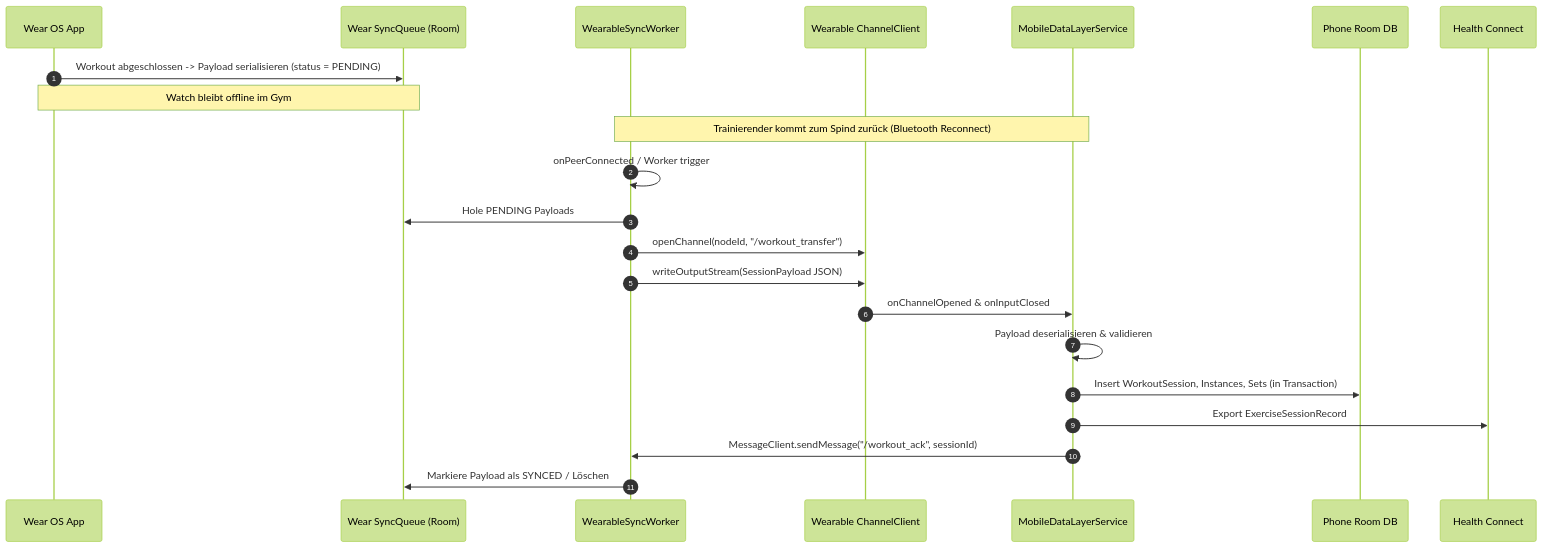
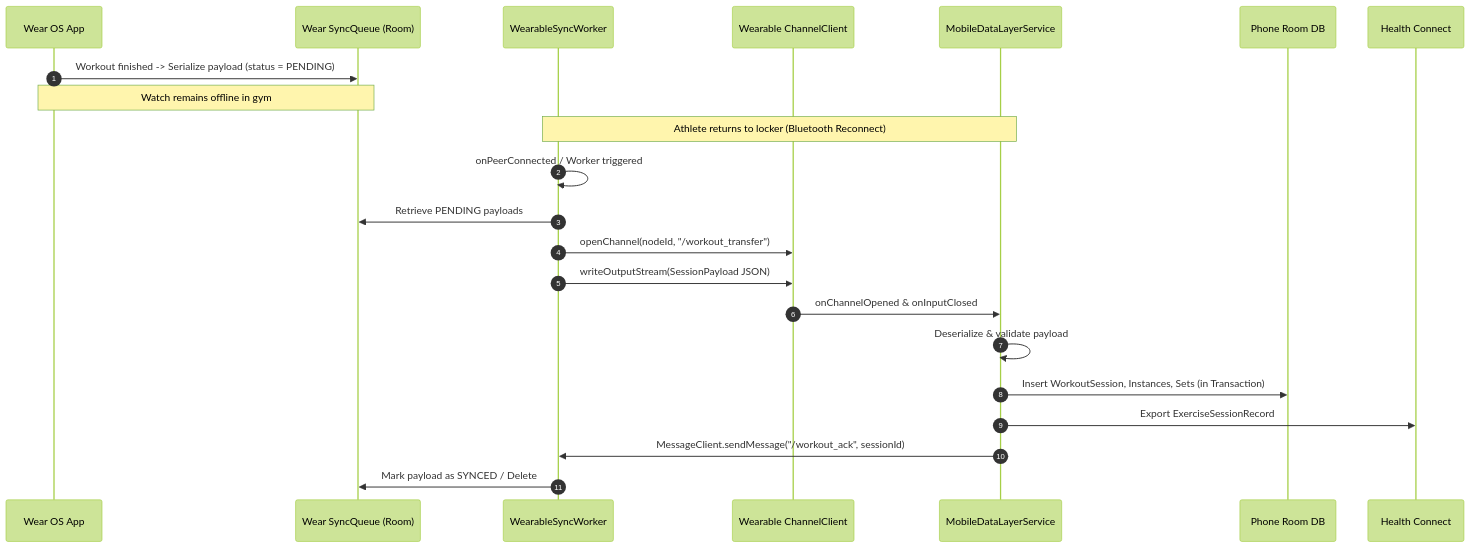
One commit to christian98b/LockerLift changed the fourth of 4 diagrams in ARCHITECTURE.md. Above: the diagram before and after it, drawn with Mermaid (forest theme). The commit also changed other lines of this file and 16 other files, not shown here.

````diff
--- a/ARCHITECTURE.md
+++ b/ARCHITECTURE.md
@@ -258,26 +258,26 @@
 ```mermaid
 sequenceDiagram
     autonumber
     participant WatchApp as Wear OS App
     participant WatchQueue as Wear SyncQueue (Room)
     participant WatchSync as WearableSyncWorker
     participant Channel as Wearable ChannelClient
     participant PhoneService as MobileDataLayerService
     participant PhoneDB as Phone Room DB
     participant HC as Health Connect
 
-    WatchApp->>WatchQueue: Workout abgeschlossen -> Payload serialisieren (status = PENDING)
-    Note over WatchApp,WatchQueue: Watch bleibt offline im Gym
+    WatchApp->>WatchQueue: Workout finished -> Serialize payload (status = PENDING)
+    Note over WatchApp,WatchQueue: Watch remains offline in gym
     
-    Note over WatchSync,PhoneService: Trainierender kommt zum Spind zurück (Bluetooth Reconnect)
-    WatchSync->>WatchSync: onPeerConnected / Worker trigger
-    WatchSync->>WatchQueue: Hole PENDING Payloads
+    Note over WatchSync,PhoneService: Athlete returns to locker (Bluetooth Reconnect)
+    WatchSync->>WatchSync: onPeerConnected / Worker triggered
+    WatchSync->>WatchQueue: Retrieve PENDING payloads
     WatchSync->>Channel: openChannel(nodeId, "/workout_transfer")
     WatchSync->>Channel: writeOutputStream(SessionPayload JSON)
     Channel->>PhoneService: onChannelOpened & onInputClosed
-    PhoneService->>PhoneService: Payload deserialisieren & validieren
+    PhoneService->>PhoneService: Deserialize & validate payload
     PhoneService->>PhoneDB: Insert WorkoutSession, Instances, Sets (in Transaction)
     PhoneService->>HC: Export ExerciseSessionRecord
     PhoneService->>WatchSync: MessageClient.sendMessage("/workout_ack", sessionId)
-    WatchSync->>WatchQueue: Markiere Payload als SYNCED / Löschen
+    WatchSync->>WatchQueue: Mark payload as SYNCED / Delete
 ```
````
